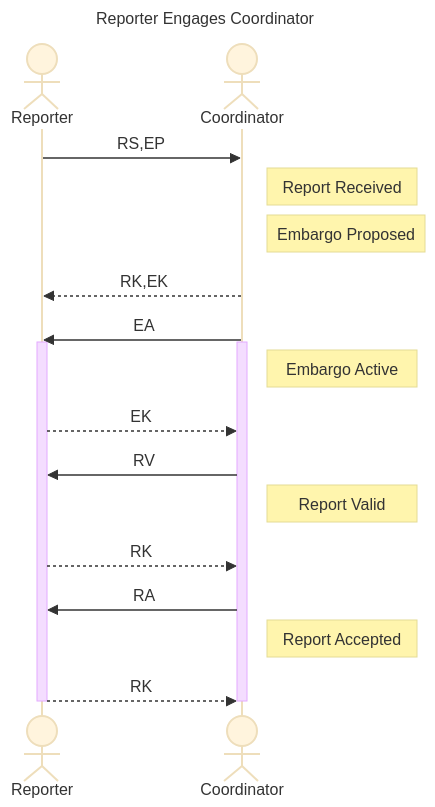
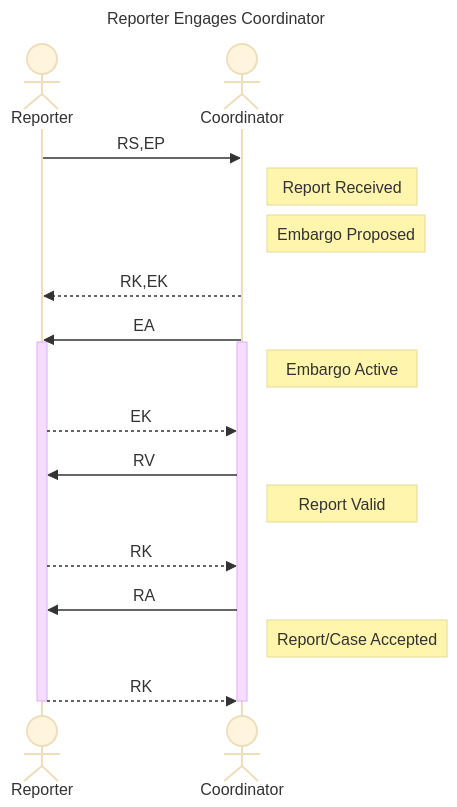
Before and after one commit to CERTCC/Vultron: the ninth of 13 diagrams in docs/tutorials/worked_example.md, drawn with Mermaid (base theme). The commit also changed other lines of this file and 13 other files, not shown here.

First line of the commit message:
fix: use 'Report/Case Accepted' and 'Report/Case Deferred' consistently for RA and RD

````diff
--- a/docs/tutorials/worked_example.md
+++ b/docs/tutorials/worked_example.md
@@ -230,26 +230,26 @@
 ```mermaid
 ---
 title: Reporter Engages Coordinator
 ---
 sequenceDiagram
     actor Reporter
     actor Coordinator
 
     Reporter ->> Coordinator: RS,EP
     note right of Coordinator: Report Received
     note right of Coordinator: Embargo Proposed
     Coordinator -->> Reporter: RK,EK
     Coordinator ->> Reporter: EA
     activate Coordinator
     activate Reporter
     note right of Coordinator: Embargo Active
     Reporter -->> Coordinator: EK
     Coordinator ->> Reporter: RV
     note right of Coordinator: Report Valid
     Reporter -->> Coordinator: RK
     Coordinator ->> Reporter: RA
-    note right of Coordinator: Report Accepted
+    note right of Coordinator: Report/Case Accepted
     Reporter -->> Coordinator: RK
     deactivate Coordinator
     deactivate Reporter
 ```
````
